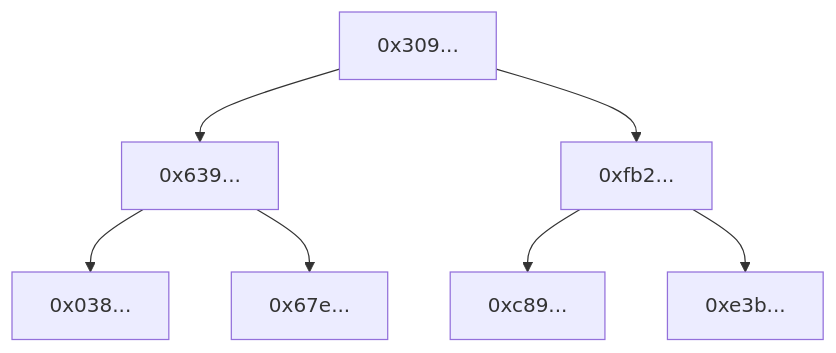
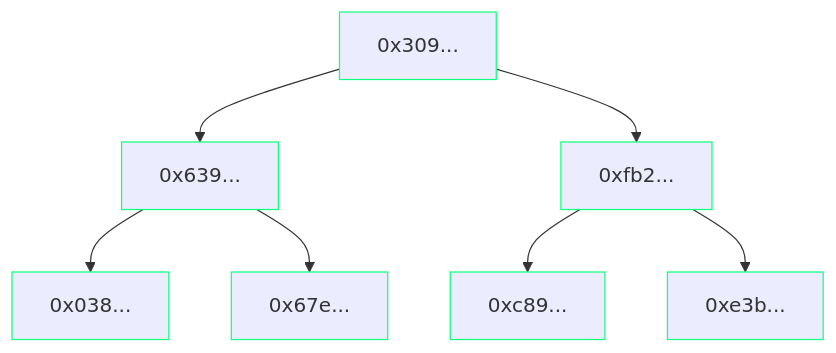
Before and after one commit to wentelteefje/safe-merkleproofs: the third of 3 diagrams in README.md, drawn with Mermaid. The commit also changed other lines of this file, not shown here.

````diff
--- a/README.md
+++ b/README.md
@@ -104,9 +104,10 @@
 ```mermaid
 graph TB;
-    A["0x309..."]-->B["0x639..."]
-    A-->C["0xfb2..."];
-    B-->D["0x038..."];
-    B-->E["0x67e..."];
-    C-->F["0xc89..."];
-    C-->G["0xe3b..."];
+    A["0x309..."]:::safeStyle-->B["0x639..."]:::safeStyle;
+    A-->C["0xfb2..."]:::safeStyle;
+    B-->D["0x038..."]:::safeStyle;
+    B-->E["0x67e..."]:::safeStyle;
+    C-->F["0xc89..."]:::safeStyle;
+    C-->G["0xe3b..."]:::safeStyle;
+    classDef safeStyle stroke:#12FF80
 ```
````
